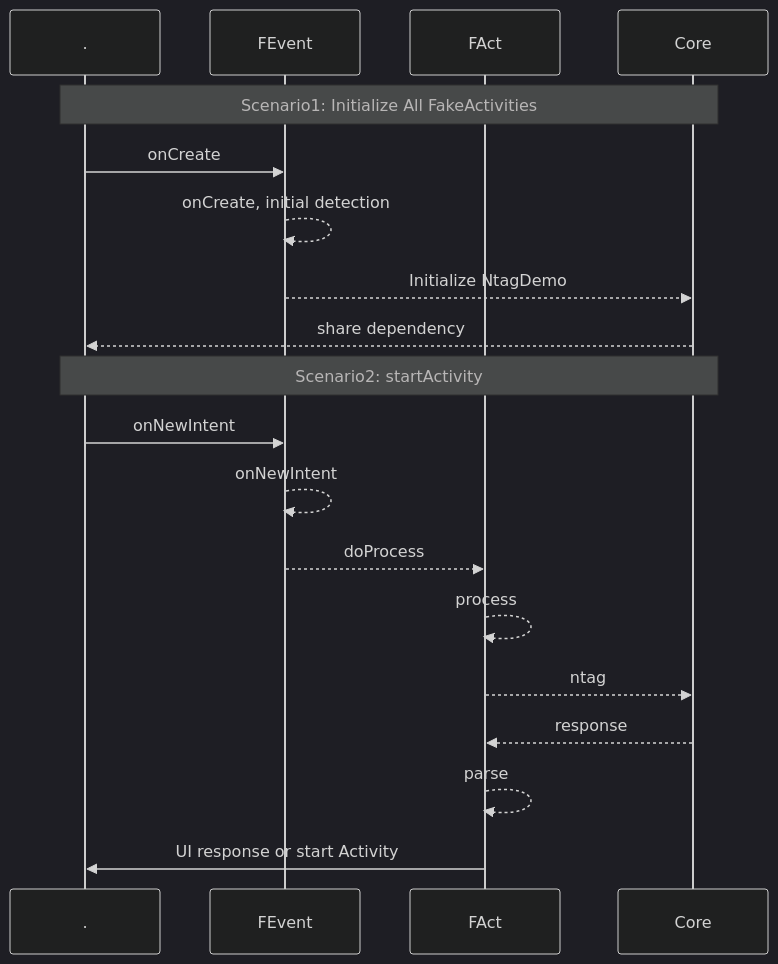
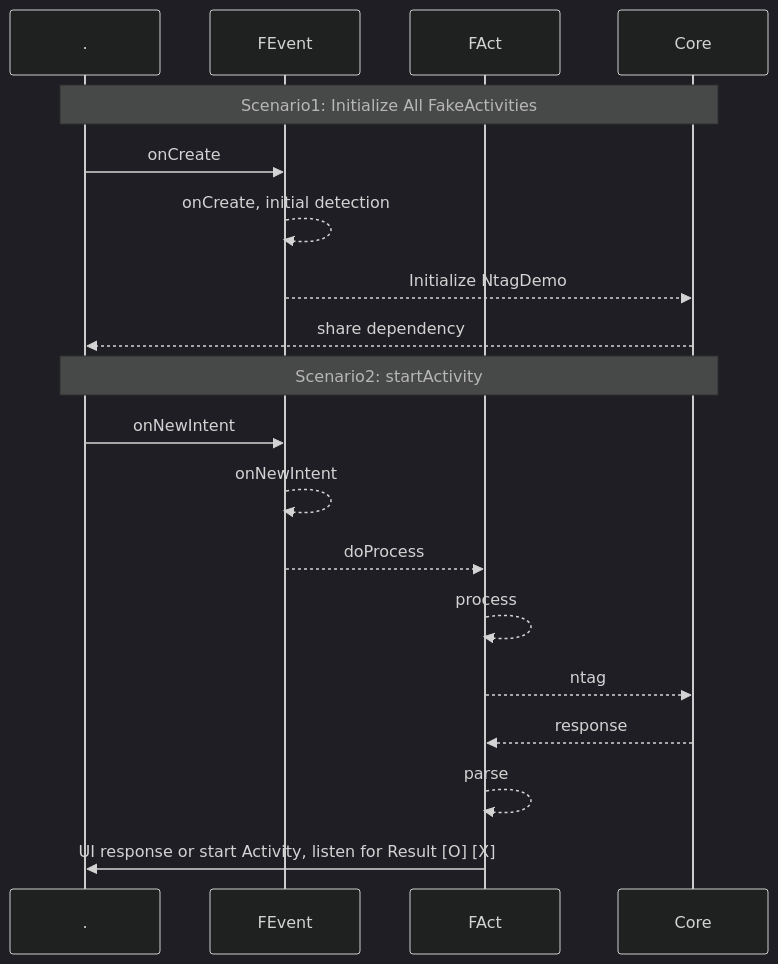
One commit to gordianknotC/nxp_note changed the fourth of 6 diagrams in flutter/android_to_flutter.md. Above: the diagram before and after it, drawn with Mermaid (dark theme). The commit also changed other lines of this file, not shown here.

````diff
--- a/flutter/android_to_flutter.md
+++ b/flutter/android_to_flutter.md
@@ -179,25 +179,25 @@
 ```mermaid
 sequenceDiagram
 participant .
 participant FEvent
 participant FAct
 participant Core
 
 Note over ., Core: Scenario1: Initialize All FakeActivities
 . ->> FEvent :onCreate
 FEvent -->> FEvent: onCreate, initial detection
 FEvent -->> Core: Initialize NtagDemo
 Core -->> .: share dependency
 
 Note over ., Core: Scenario2: startActivity
 . ->> FEvent: onNewIntent
 FEvent -->> FEvent: onNewIntent
 FEvent -->> FAct: doProcess
 FAct -->> FAct: process
 FAct -->> Core: ntag
 Core -->> FAct: response
 FAct -->> FAct: parse
-FAct ->> . : UI response or start Activity
+FAct ->> . : UI response or start Activity, listen for Result [O] [X]
 
 
 ```
````
